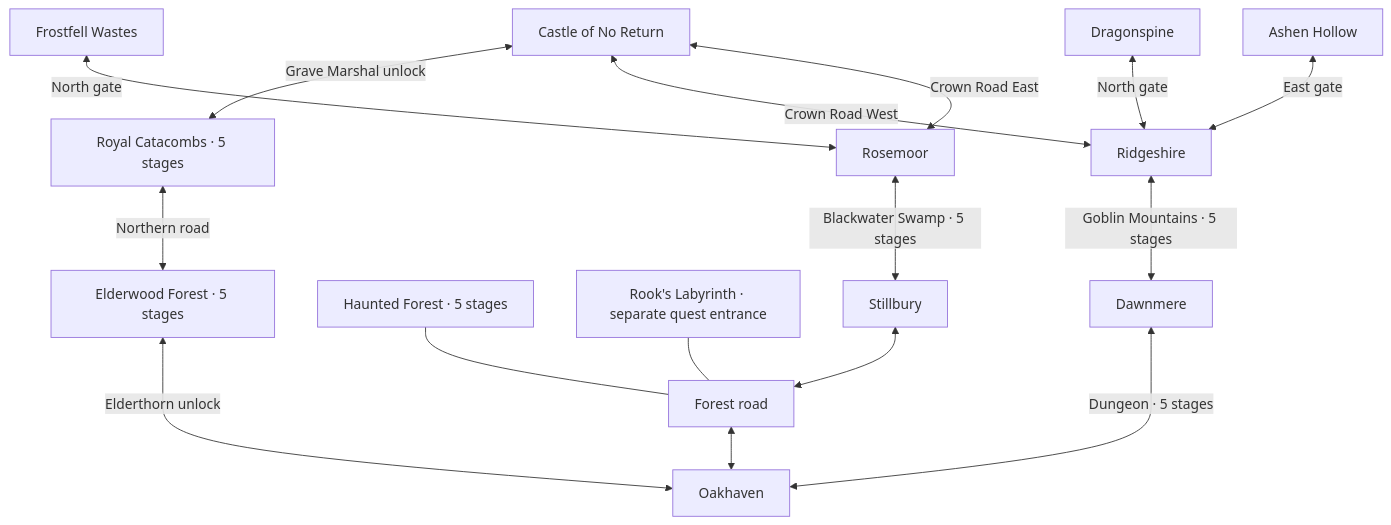
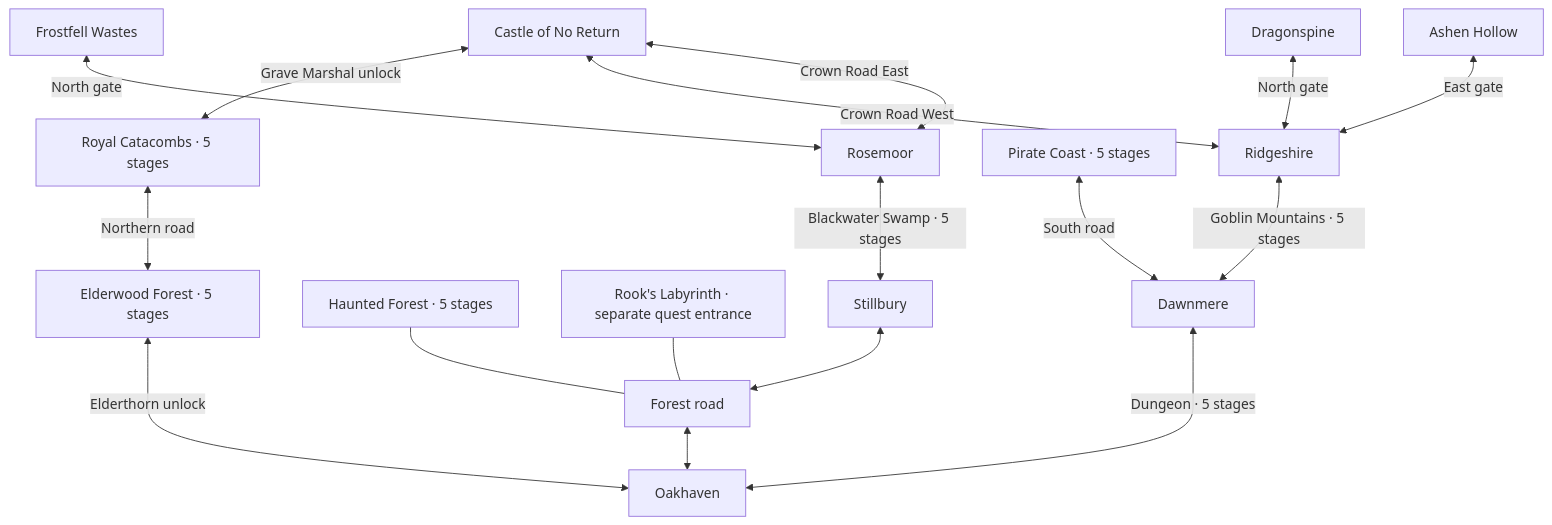
One commit to christsantiris/c_rpg changed the diagram in docs/five-town-expansion.md. Above: the diagram before and after it, drawn with Mermaid. The commit also changed other lines of this file and 70 other files, not shown here.

````diff
--- a/docs/five-town-expansion.md
+++ b/docs/five-town-expansion.md
@@ -10,18 +10,19 @@
 ```mermaid
 flowchart BT
     Oak[Oakhaven] <--> Road[Forest road]
     Road <--> Still[Stillbury]
     Road --- Forest[Haunted Forest · 5 stages]
     Road --- Maze[Rook's Labyrinth · separate quest entrance]
     Still <-->|Blackwater Swamp · 5 stages| Rose[Rosemoor]
     Rose <-->|Crown Road East| Castle[Castle of No Return]
     Oak <-->|Dungeon · 5 stages| Dawn[Dawnmere]
     Dawn <-->|Goblin Mountains · 5 stages| Ridge[Ridgeshire]
+    Dawn <-->|South road| Pirate[Pirate Coast · 5 stages]
     Ridge <-->|Crown Road West| Castle
     Oak <-->|Elderthorn unlock| Elder[Elderwood Forest · 5 stages]
     Elder <-->|Northern road| Cat[Royal Catacombs · 5 stages]
     Cat <-->|Grave Marshal unlock| Castle
     Rose <-->|North gate| Frost[Frostfell Wastes]
     Ridge <-->|North gate| Dragon[Dragonspine]
     Ridge <-->|East gate| Ashen[Ashen Hollow]
 ```
````
